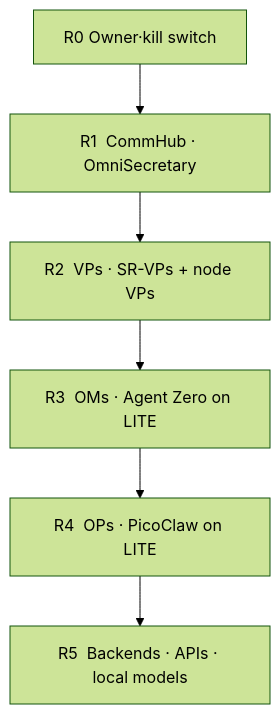
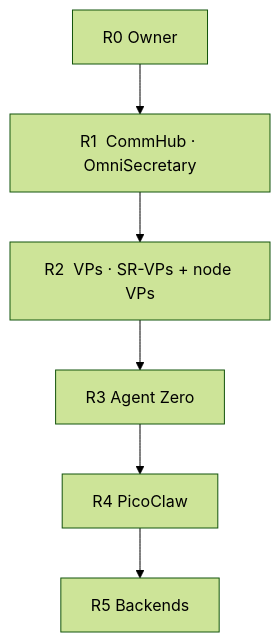
The diagram in docs/RANKS.md (CjPetersonIX/brainframe-lite), drawn with Mermaid (forest theme) before and after one commit. The commit also changed other lines of this file and 2 other files, not shown here.

Commit message:
docs: top-down corporate hierarchy trees for R0-R5 LITE wrapper

````diff
--- a/docs/RANKS.md
+++ b/docs/RANKS.md
@@ -5,10 +7,10 @@
 ```mermaid
 flowchart TB
-  R0["R0  Owner·kill switch"]
+  R0["R0  Owner"]
   R1["R1  CommHub · OmniSecretary"]
   R2["R2  VPs · SR-VPs + node VPs"]
-  R3["R3  OMs · Agent Zero on LITE"]
-  R4["R4  OPs · PicoClaw on LITE"]
-  R5["R5  Backends · APIs · local models"]
+  R3["R3  Agent Zero"]
+  R4["R4  PicoClaw"]
+  R5["R5  Backends"]
   R0 --> R1 --> R2 --> R3 --> R4 --> R5
 ```
````
